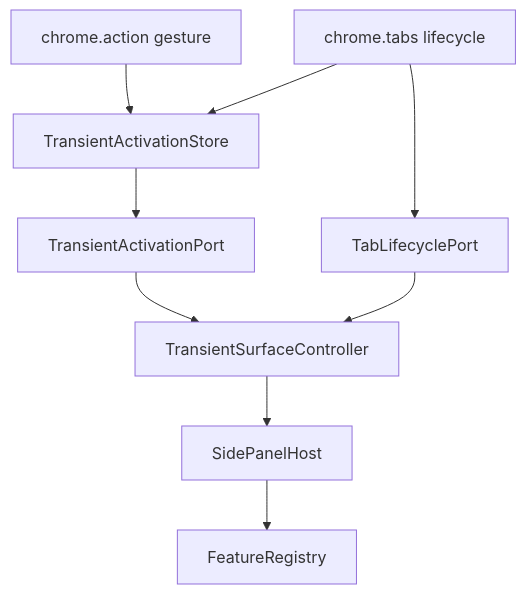
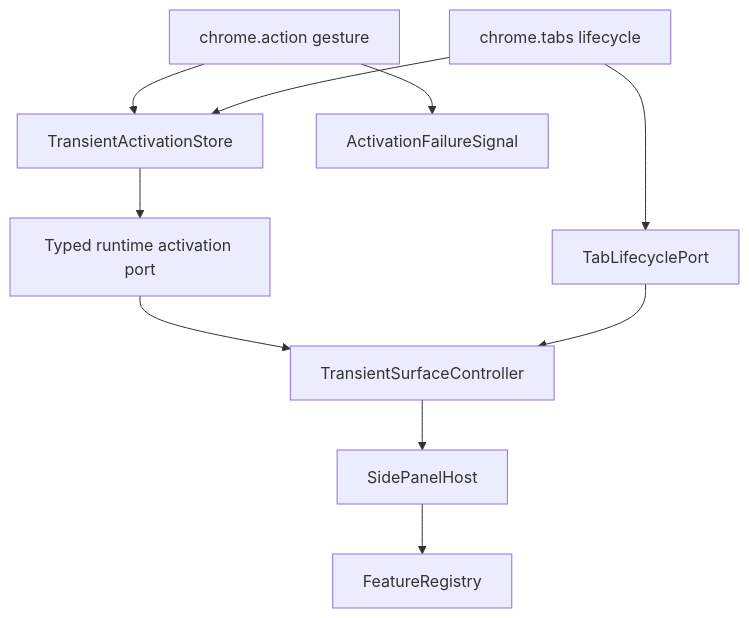
The diagram in .kiro/specs/transient-feature-surface/design.md (Huruikagi/pc-build-planner), drawn with Mermaid before and after one commit. The commit also changed other lines of this file and 6 other files, not shown here.

````diff
--- a/.kiro/specs/transient-feature-surface/design.md
+++ b/.kiro/specs/transient-feature-surface/design.md
@@ -62,11 +76,12 @@
 ```mermaid
 graph TB
     Action["chrome.action gesture"] --> Store["TransientActivationStore"]
+    Action --> FailureSignal["ActivationFailureSignal"]
     Tabs["chrome.tabs lifecycle"] --> Store
-    Store --> Port["TransientActivationPort"]
+    Store --> Port["Typed runtime activation port"]
     Tabs --> TabPort["TabLifecyclePort"]
     Port --> Controller["TransientSurfaceController"]
     TabPort --> Controller
     Controller --> Host["SidePanelHost"]
     Host --> Registry["FeatureRegistry"]
 ```
````
